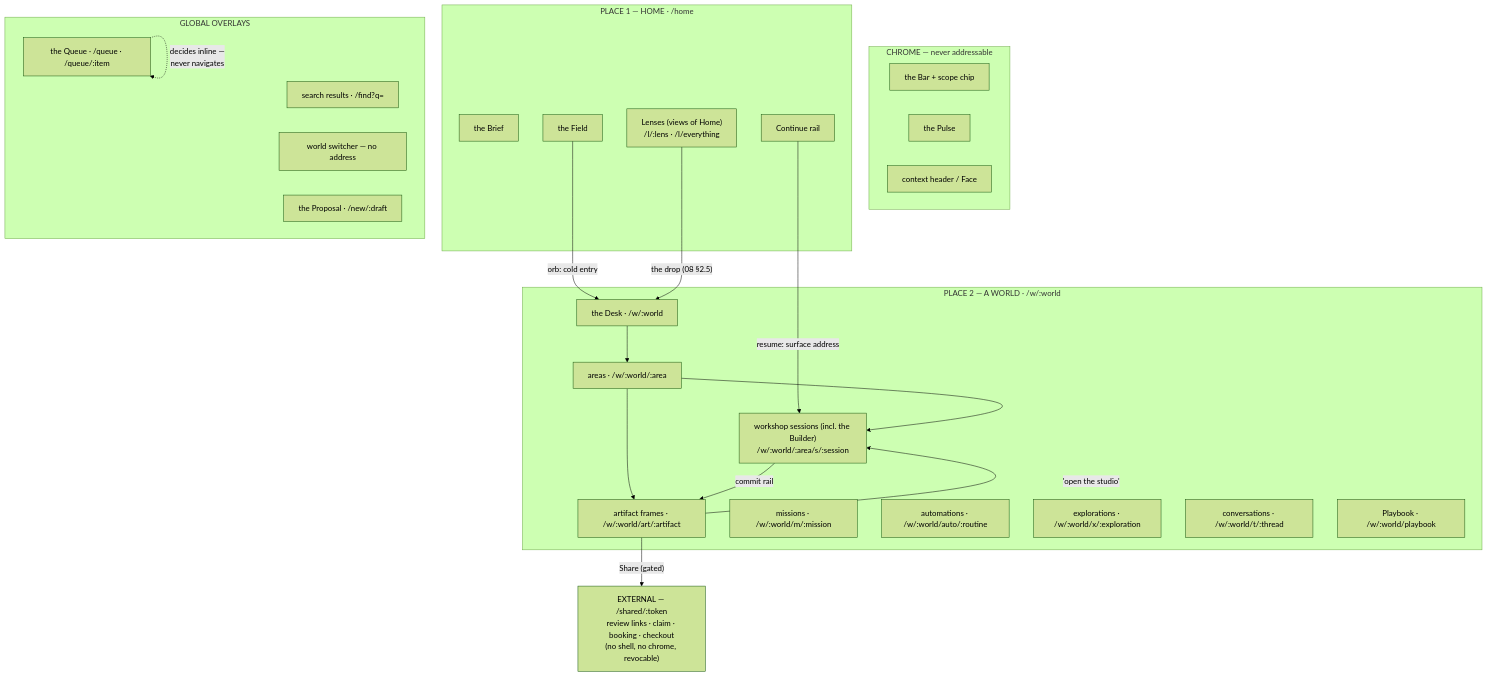
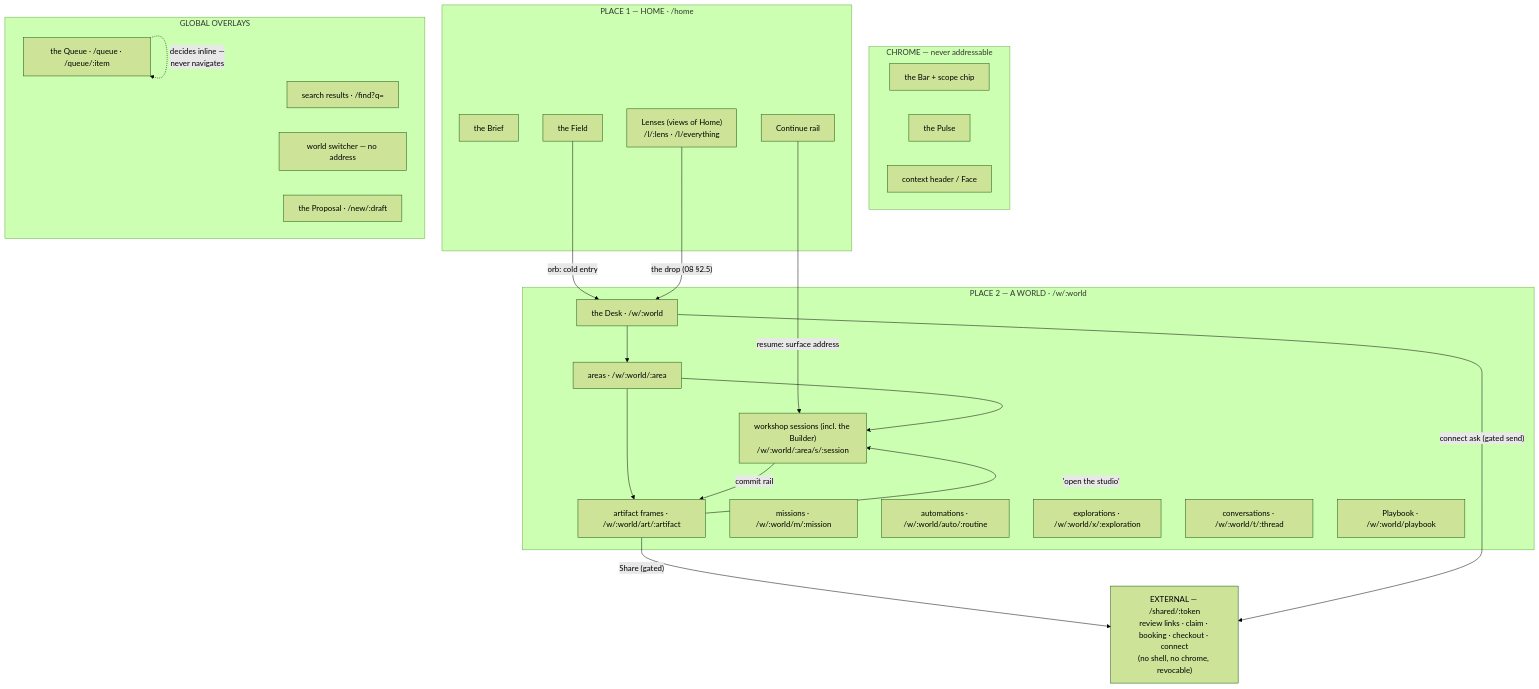
One commit to Rnocek14/appbuilderpro changed the diagram in docs/experience-architecture/11-information-architecture.md. Above: the diagram before and after it, drawn with Mermaid (forest theme). The commit also changed other lines of this file and 14 other files, not shown here.

````diff
--- a/docs/experience-architecture/11-information-architecture.md
+++ b/docs/experience-architecture/11-information-architecture.md
@@ -55,41 +55,42 @@
 ```mermaid
 flowchart TB
     subgraph CHROME["CHROME — never addressable"]
         BAR["the Bar + scope chip"]
         PULSE["the Pulse"]
         HDR["context header / Face"]
     end
     subgraph GLOBAL["PLACE 1 — HOME  ·  /home"]
         BRIEF["the Brief"]
         FIELD["the Field"]
         CONT["Continue rail"]
         LENS["Lenses (views of Home)<br/>/l/:lens · /l/everything"]
     end
     subgraph OVER["GLOBAL OVERLAYS"]
         QUEUE["the Queue · /queue · /queue/:item"]
         FIND["search results · /find?q="]
         SWITCH["world switcher — no address"]
         PROP["the Proposal · /new/:draft"]
     end
     subgraph WORLD["PLACE 2 — A WORLD  ·  /w/:world"]
         DESK["the Desk · /w/:world"]
         AREA["areas · /w/:world/:area"]
         SESS["workshop sessions (incl. the Builder)<br/>/w/:world/:area/s/:session"]
         ART["artifact frames · /w/:world/art/:artifact"]
         MISS["missions · /w/:world/m/:mission"]
         AUTO["automations · /w/:world/auto/:routine"]
         EXPL["explorations · /w/:world/x/:exploration"]
         THR["conversations · /w/:world/t/:thread"]
         PB["Playbook · /w/:world/playbook"]
     end
-    EXT["EXTERNAL — /shared/:token<br/>review links · claim · booking · checkout<br/>(no shell, no chrome, revocable)"]
+    EXT["EXTERNAL — /shared/:token<br/>review links · claim · booking · checkout · connect<br/>(no shell, no chrome, revocable)"]
     FIELD -->|"orb: cold entry"| DESK
     CONT -->|"resume: surface address"| SESS
     LENS -->|"the drop (08 §2.5)"| DESK
     QUEUE -.->|"decides inline —<br/>never navigates"| QUEUE
     DESK --> AREA --> SESS
     AREA --> ART
     SESS -->|"commit rail"| ART
     ART -->|"'open the studio'"| SESS
     ART -->|"Share (gated)"| EXT
+    DESK -->|"connect ask (gated send)"| EXT
 ```
````
